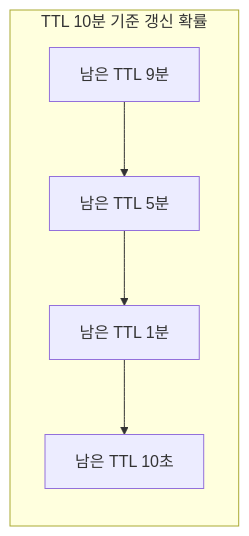
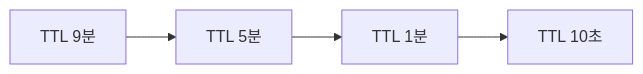
Before and after one commit to yjkim2015/yjkim2015.github.io: the fifth of 8 diagrams in _posts/caching/2026-05-03-cache-invalidation.md, drawn with Mermaid. The commit also changed other lines of this file and 155 other files, not shown here.

First line of the commit message:
Mermaid 전면 수정: subgraph 제거, participant/노드/줄수 축소 (342블록)

````diff
--- a/_posts/caching/2026-05-03-cache-invalidation.md
+++ b/_posts/caching/2026-05-03-cache-invalidation.md
@@ -349,10 +343,6 @@
 ```mermaid
 graph LR
-    subgraph "TTL 10분 기준 갱신 확률"
-        T1["남은 TTL 9분"]
-        T2["남은 TTL 5분"]
-        T3["남은 TTL 1분"]
-        T4["남은 TTL 10초"]
-    end
-    T1 --> T2 --> T3 --> T4
+    T1["TTL 9분"] --> T2["TTL 5분"]
+    T2 --> T3["TTL 1분"]
+    T3 --> T4["TTL 10초"]
 ```
````
